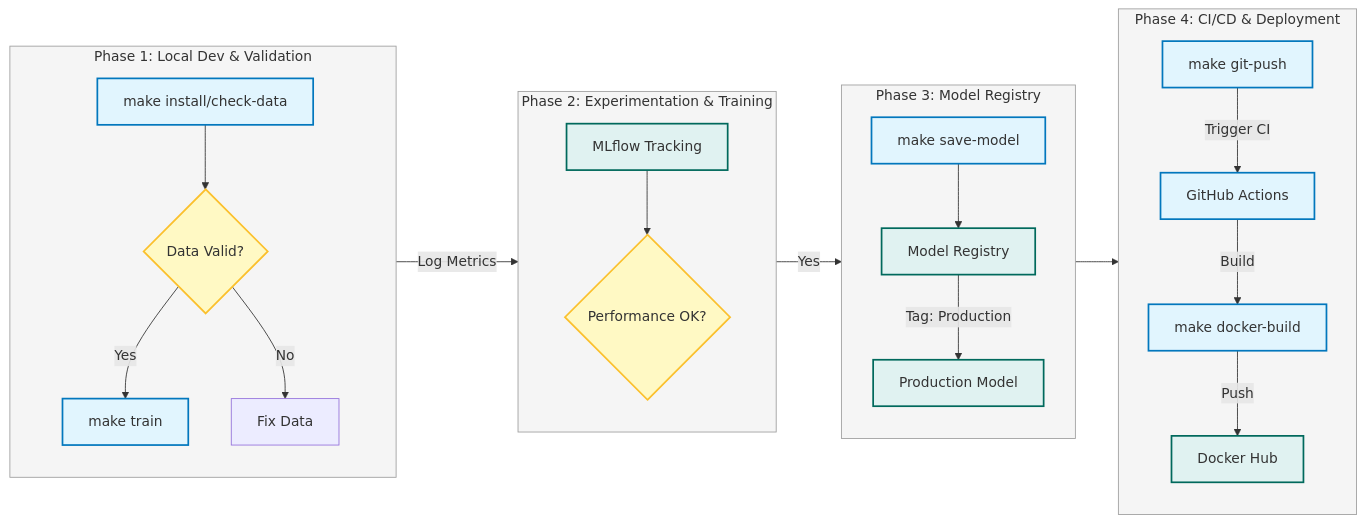
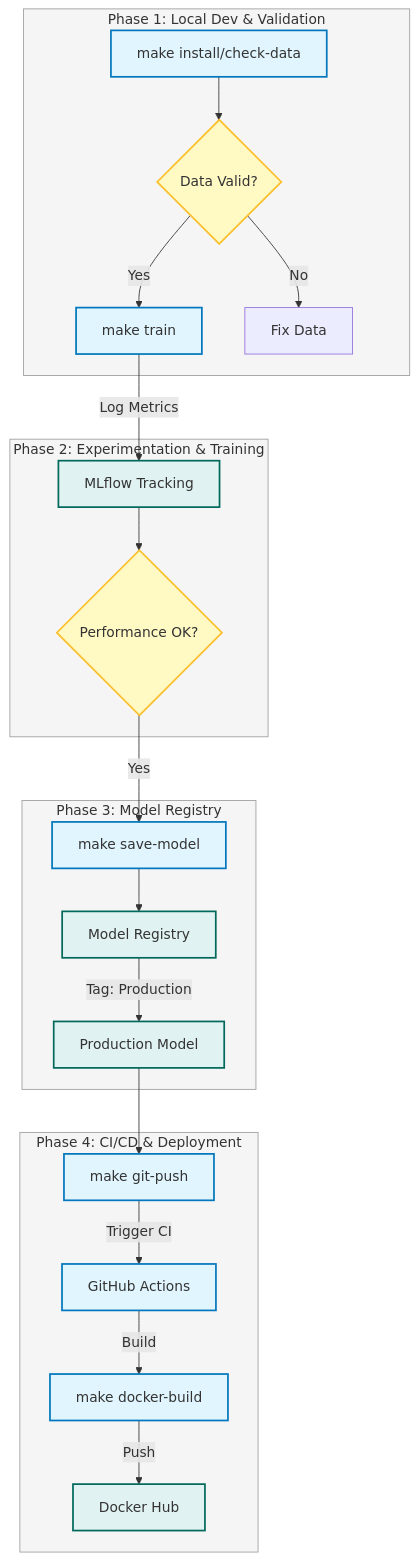
One commit to machhakiran/mlops-lifecyccle-prod-project changed the diagram in README.md. Above: the diagram before and after it, drawn with Mermaid.

Commit message:
Docs: Switch diagram to vertical flow for better mobile view

````diff
--- a/README.md
+++ b/README.md
@@ -32,41 +32,37 @@
 ```mermaid
-graph LR
+graph TD
     %% Styles
     classDef phasestyle fill:#f9f9f9,stroke:#333,stroke-width:2px
     classDef stepstyle fill:#e1f5fe,stroke:#0277bd,stroke-width:2px
     classDef decisionstyle fill:#fff9c4,stroke:#fbc02d,stroke-width:2px
     classDef artifactstyle fill:#e0f2f1,stroke:#00695c,stroke-width:2px
 
     subgraph P1 [Phase 1: Local Dev & Validation]
-        direction TB
         S1[make install/check-data]:::stepstyle --> val{Data Valid?}:::decisionstyle
         val -->|Yes| S2[make train]:::stepstyle
         val -->|No| Fix[Fix Data]
     end
 
     subgraph P2 [Phase 2: Experimentation & Training]
-        direction TB
         S2 -->|Log Metrics| MLflow[MLflow Tracking]:::artifactstyle
         MLflow --> Eval{Performance OK?}:::decisionstyle
     end
 
     subgraph P3 [Phase 3: Model Registry]
-        direction TB
         Eval -->|Yes| S3[make save-model]:::stepstyle
         S3 --> Reg[Model Registry]:::artifactstyle
         Reg -->|Tag: Production| ProdModel[Production Model]:::artifactstyle
     end
 
     subgraph P4 [Phase 4: CI/CD & Deployment]
-        direction TB
         ProdModel --> S4[make git-push]:::stepstyle
         S4 -->|Trigger CI| GH[GitHub Actions]:::stepstyle
         GH -->|Build| Docker[make docker-build]:::stepstyle
         Docker -->|Push| Hub[Docker Hub]:::artifactstyle
     end
 
     style P1 fill:#f5f5f5,stroke:#9e9e9e
     style P2 fill:#f5f5f5,stroke:#9e9e9e
     style P3 fill:#f5f5f5,stroke:#9e9e9e
     style P4 fill:#f5f5f5,stroke:#9e9e9e
 ```
````
